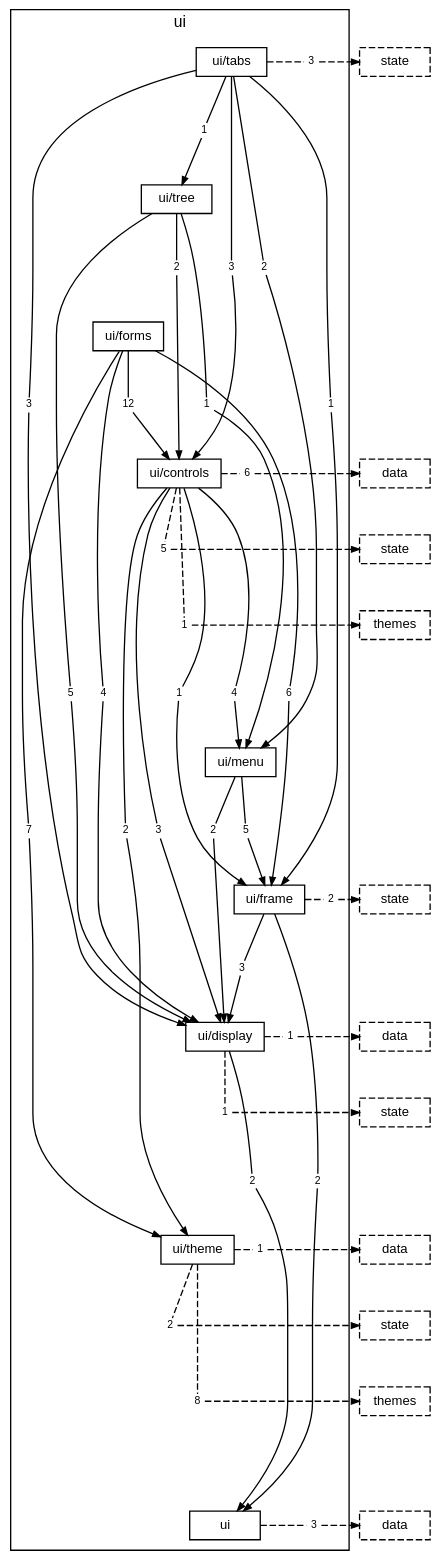
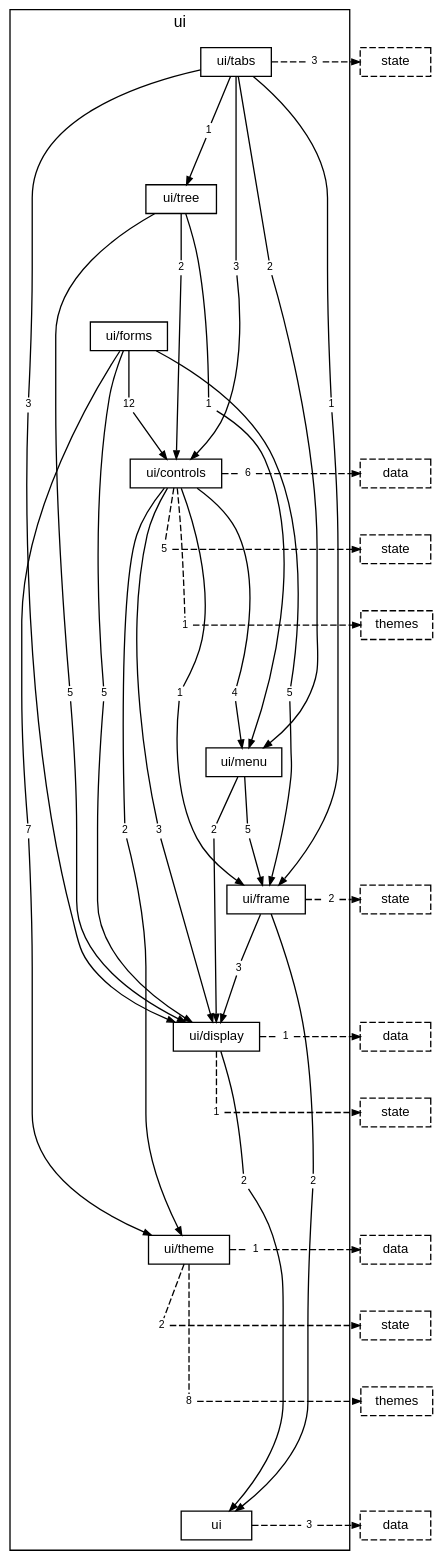
The diagram in docs/diagrams/layer-ui.dot (TheAxeC/oculus), drawn with Graphviz before and after one commit. The commit also changed 642 other files, not shown here.

```diff
--- a/docs/diagrams/layer-ui.dot
+++ b/docs/diagrams/layer-ui.dot
@@ -1,7 +1,7 @@
 digraph layer_ui {
-    graph [bgcolor="transparent", rankdir=TB, newrank=true, mclimit=4, fontname="Helvetica,Arial,sans-serif", fontsize=12, nodesep=0.2, ranksep=0.5];
-    node [shape=box, color="black", fontcolor="black", fontname="Helvetica,Arial,sans-serif", fontsize=10, height=0.3, margin="0.12,0.04"];
-    edge [color="black", fontcolor="black", fontname="Helvetica,Arial,sans-serif", fontsize=8, arrowsize=0.6];
+    graph [bgcolor="transparent", rankdir=TB, newrank=true, mclimit=4, fontname="Helvetica", fontsize=12, nodesep=0.2, ranksep=0.5];
+    node [shape=box, color="black", fontcolor="black", fontname="Helvetica", fontsize=10, height=0.3, margin="0.12,0.04"];
+    edge [color="black", fontcolor="black", fontname="Helvetica", fontsize=8, arrowsize=0.6];
     subgraph "cluster_ui" {
         label="ui"; style=solid;
         "folder ui/tabs" [label="ui/tabs"];
@@ -23,8 +23,8 @@
         "folder ui/tree to folder ui/display" [label="5", shape=box, color="transparent", fontsize=8, width=0, height=0, margin="0.04,0.02"];
         "folder ui/tree to folder ui/menu" [label="1", shape=box, color="transparent", fontsize=8, width=0, height=0, margin="0.04,0.02"];
         "folder ui/forms to folder ui/controls" [label="12", shape=box, color="transparent", fontsize=8, width=0, height=0, margin="0.04,0.02"];
-        "folder ui/forms to folder ui/display" [label="4", shape=box, color="transparent", fontsize=8, width=0, height=0, margin="0.04,0.02"];
-        "folder ui/forms to folder ui/frame" [label="6", shape=box, color="transparent", fontsize=8, width=0, height=0, margin="0.04,0.02"];
+        "folder ui/forms to folder ui/display" [label="5", shape=box, color="transparent", fontsize=8, width=0, height=0, margin="0.04,0.02"];
+        "folder ui/forms to folder ui/frame" [label="5", shape=box, color="transparent", fontsize=8, width=0, height=0, margin="0.04,0.02"];
         "folder ui/forms to folder ui/theme" [label="7", shape=box, color="transparent", fontsize=8, width=0, height=0, margin="0.04,0.02"];
         "folder ui/controls to folder ui/display" [label="3", shape=box, color="transparent", fontsize=8, width=0, height=0, margin="0.04,0.02"];
         "folder ui/controls to folder ui/frame" [label="1", shape=box, color="transparent", fontsize=8, width=0, height=0, margin="0.04,0.02"];
```
